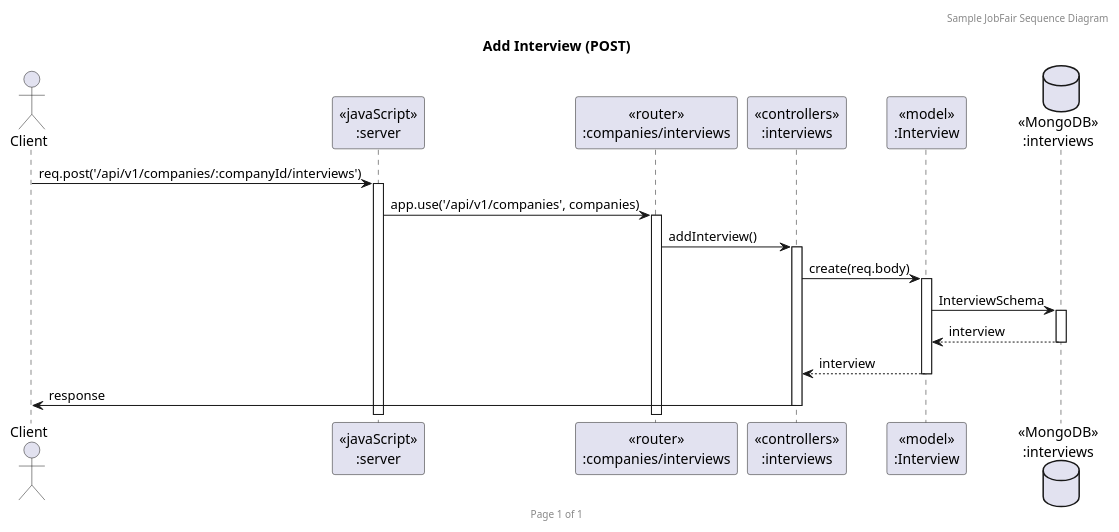
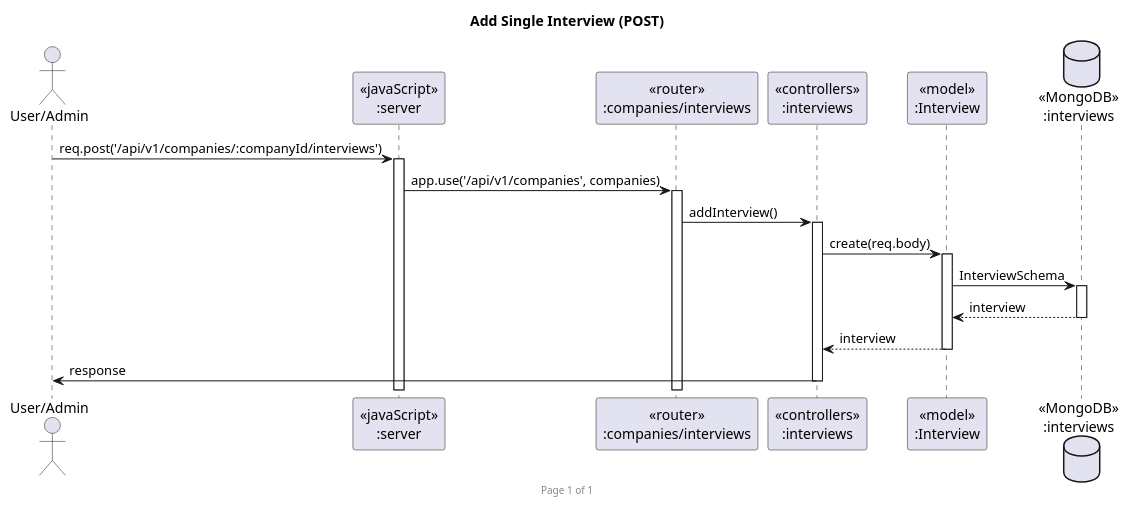
One commit to 2110503-CEDT68/be-project-68-vacq changed diagram 13 of 15 in uml/sequence-diagram.puml. Above: the diagram before and after it, drawn with PlantUML. The commit also changed other lines of this file and 27 other files, not shown here.

Commit message:
Edit sequence diagram

```diff
--- a/uml/sequence-diagram.puml
+++ b/uml/sequence-diagram.puml
@@ -307,23 +271,22 @@
-@startuml Add Interview (POST)
+@startuml Add Single Interview (POST)
 
-header Sample JobFair Sequence Diagram
 footer Page %page% of %lastpage%
-title "Add Interview (POST)"
+title "Add Single Interview (POST)"
 
-actor "Client" as client
+actor "User/Admin" as client
 participant "<<javaScript>>\n:server" as server
 participant "<<router>>\n:companies/interviews" as routerCompanyInterviews
 participant "<<controllers>>\n:interviews" as controllersInterviews
 participant "<<model>>\n:Interview" as modelInterview
 database "<<MongoDB>>\n:interviews" as InterviewsDatabase
 
 client->server ++: req.post('/api/v1/companies/:companyId/interviews')
 server->routerCompanyInterviews ++: app.use('/api/v1/companies', companies)
 routerCompanyInterviews -> controllersInterviews ++: addInterview()
 controllersInterviews->modelInterview ++: create(req.body)
 modelInterview ->InterviewsDatabase ++: InterviewSchema
 InterviewsDatabase --> modelInterview --: interview
 controllersInterviews <-- modelInterview --: interview
 controllersInterviews->client --: response
 
 @enduml
```
